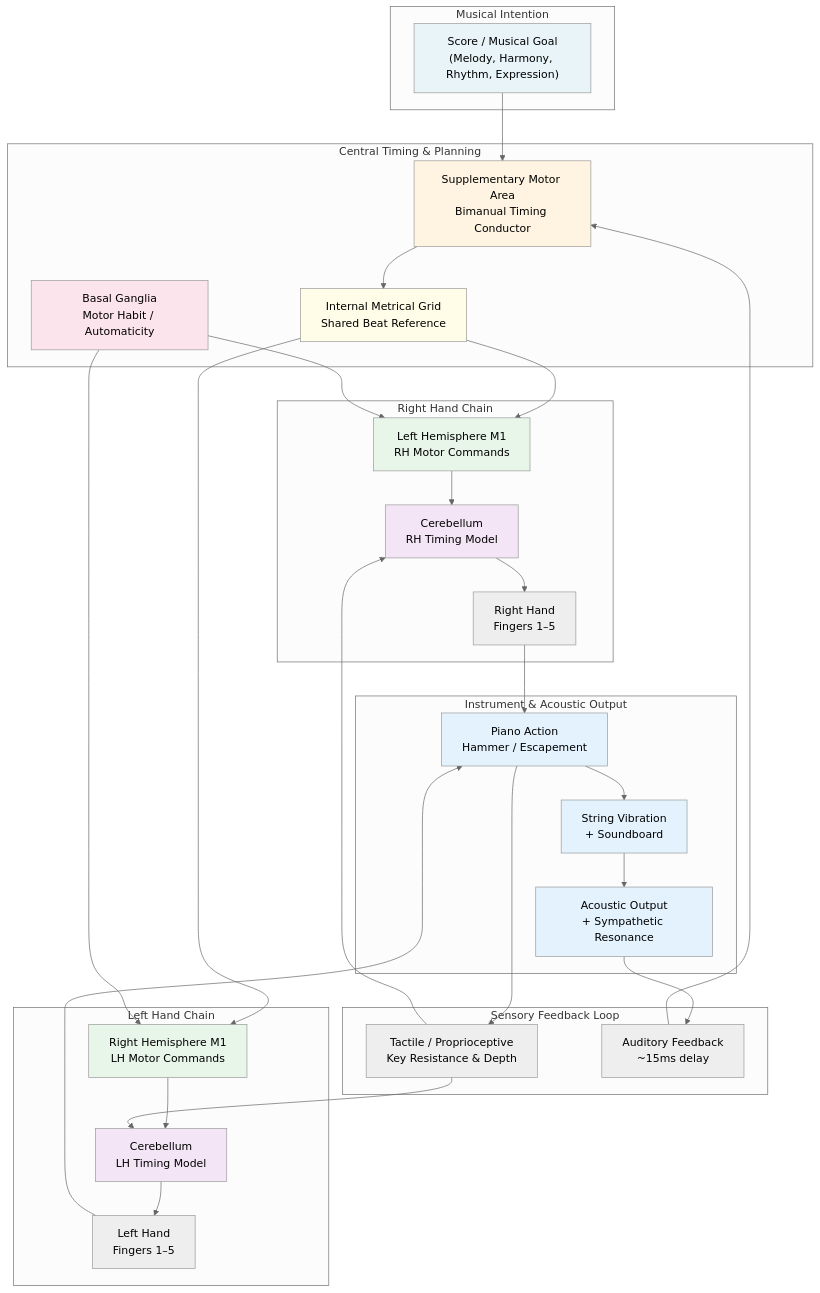
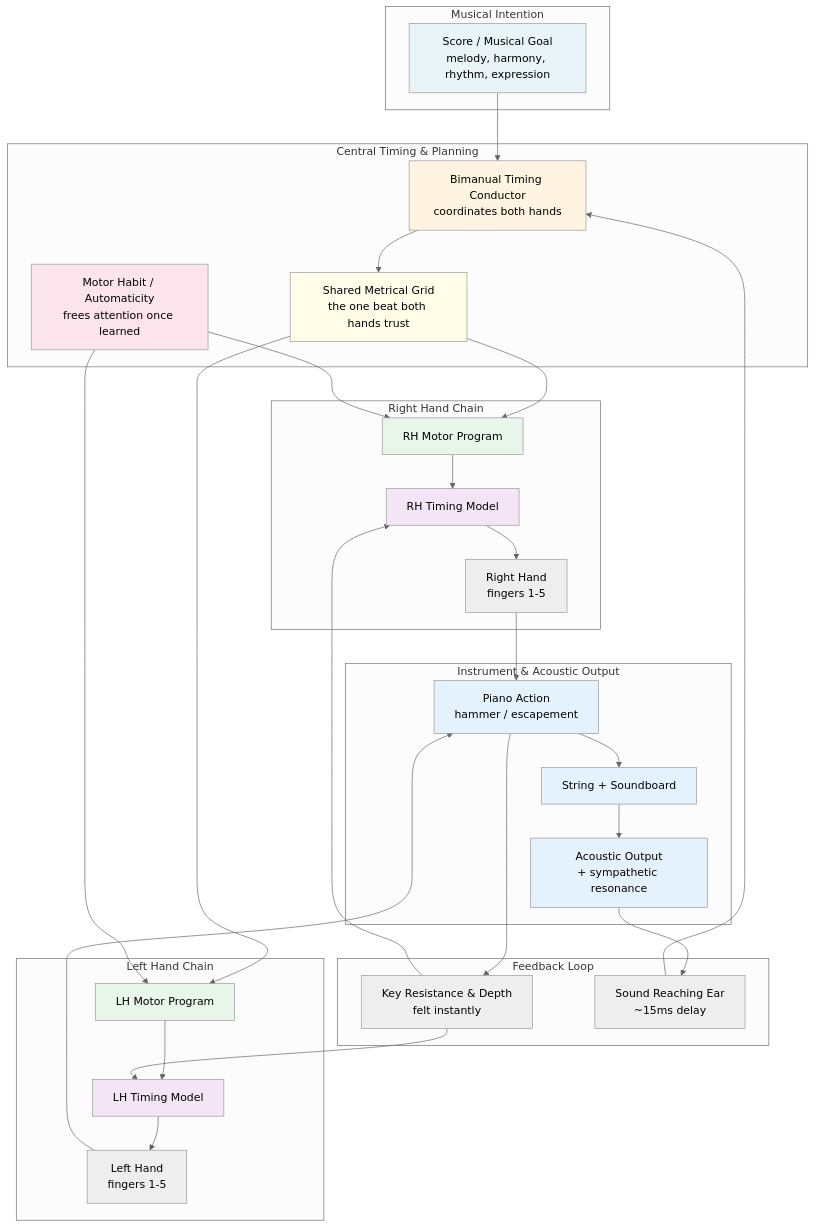
One commit to blebleblee/synapse changed the first of 5 diagrams in topics/arts/music_performance/piano/lesson_04_two_handed_rhythmic_independence.md. Above: the diagram before and after it, drawn with Mermaid (neutral theme). The commit also changed other lines of this file and 4 other files, not shown here.

````diff
--- a/topics/arts/music_performance/piano/lesson_04_two_handed_rhythmic_independence.md
+++ b/topics/arts/music_performance/piano/lesson_04_two_handed_rhythmic_independence.md
@@ -95,70 +82,70 @@
 ```mermaid
 graph TB
     subgraph sub_musical_intention ["Musical Intention"]
-        SCORE["Score / Musical Goal<br/>(Melody, Harmony, Rhythm, Expression)"]
+        SCORE["Score / Musical Goal<br/>melody, harmony, rhythm, expression"]
     end
 
     subgraph sub_central_control ["Central Timing & Planning"]
-        SMA["Supplementary Motor Area<br/>Bimanual Timing Conductor"]
-        METER["Internal Metrical Grid<br/>Shared Beat Reference"]
-        BG["Basal Ganglia<br/>Motor Habit / Automaticity"]
+        SMA["Bimanual Timing Conductor<br/>coordinates both hands"]
+        METER["Shared Metrical Grid<br/>the one beat both hands trust"]
+        BG["Motor Habit / Automaticity<br/>frees attention once learned"]
     end
 
     subgraph sub_right_hand_chain ["Right Hand Chain"]
-        RH_M1["Left Hemisphere M1<br/>RH Motor Commands"]
-        RH_CB["Cerebellum<br/>RH Timing Model"]
-        RH_EXEC["Right Hand<br/>Fingers 1–5"]
+        RH_M1["RH Motor Program"]
+        RH_CB["RH Timing Model"]
+        RH_EXEC["Right Hand<br/>fingers 1-5"]
     end
 
     subgraph sub_left_hand_chain ["Left Hand Chain"]
-        LH_M1["Right Hemisphere M1<br/>LH Motor Commands"]
-        LH_CB["Cerebellum<br/>LH Timing Model"]
-        LH_EXEC["Left Hand<br/>Fingers 1–5"]
+        LH_M1["LH Motor Program"]
+        LH_CB["LH Timing Model"]
+        LH_EXEC["Left Hand<br/>fingers 1-5"]
     end
 
     subgraph sub_instrument ["Instrument & Acoustic Output"]
-        ACTION["Piano Action<br/>Hammer / Escapement"]
-        STRING["String Vibration<br/>+ Soundboard"]
-        SOUND["Acoustic Output<br/>+ Sympathetic Resonance"]
+        ACTION["Piano Action<br/>hammer / escapement"]
+        STRING["String + Soundboard"]
+        SOUND["Acoustic Output<br/>+ sympathetic resonance"]
     end
 
-    subgraph sub_feedback ["Sensory Feedback Loop"]
-        TOUCH["Tactile / Proprioceptive<br/>Key Resistance & Depth"]
-        AUDIO["Auditory Feedback<br/>~15ms delay"]
+    subgraph sub_feedback ["Feedback Loop"]
+        TOUCH["Key Resistance & Depth<br/>felt instantly"]
+        AUDIO["Sound Reaching Ear<br/>~15ms delay"]
     end
 
     SCORE --> SMA
     SMA --> METER
     METER --> RH_M1
     METER --> LH_M1
     BG --> RH_M1
     BG --> LH_M1
 
     RH_M1 --> RH_CB
     LH_M1 --> LH_CB
     RH_CB --> RH_EXEC
     LH_CB --> LH_EXEC
 
     RH_EXEC --> ACTION
     LH_EXEC --> ACTION
     ACTION --> STRING
     STRING --> SOUND
 
     SOUND --> AUDIO
     ACTION --> TOUCH
     AUDIO --> SMA
     TOUCH --> RH_CB
     TOUCH --> LH_CB
 
     style SCORE fill:#e8f4f8
     style SMA fill:#fff4e1
     style METER fill:#fffde7
     style BG fill:#fce4ec
     style RH_M1 fill:#e8f5e9
     style LH_M1 fill:#e8f5e9
     style RH_CB fill:#f3e5f5
     style LH_CB fill:#f3e5f5
     style ACTION fill:#e3f2fd
     style STRING fill:#e3f2fd
     style SOUND fill:#e3f2fd
 ```
````
